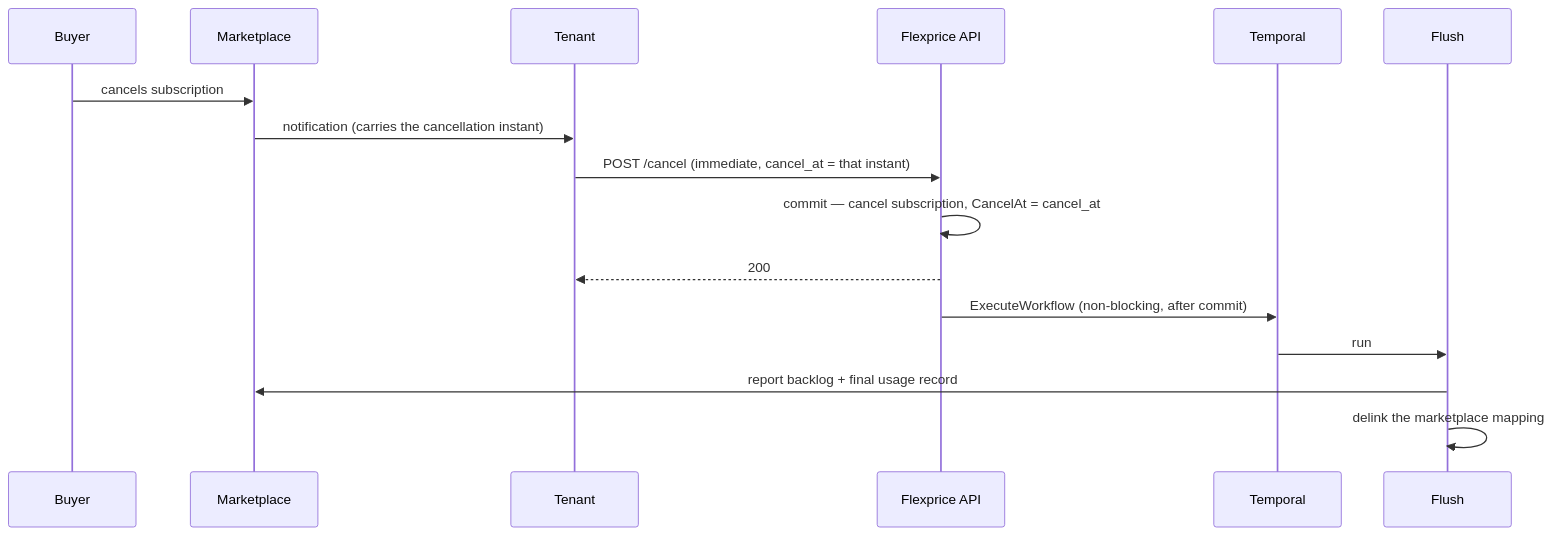
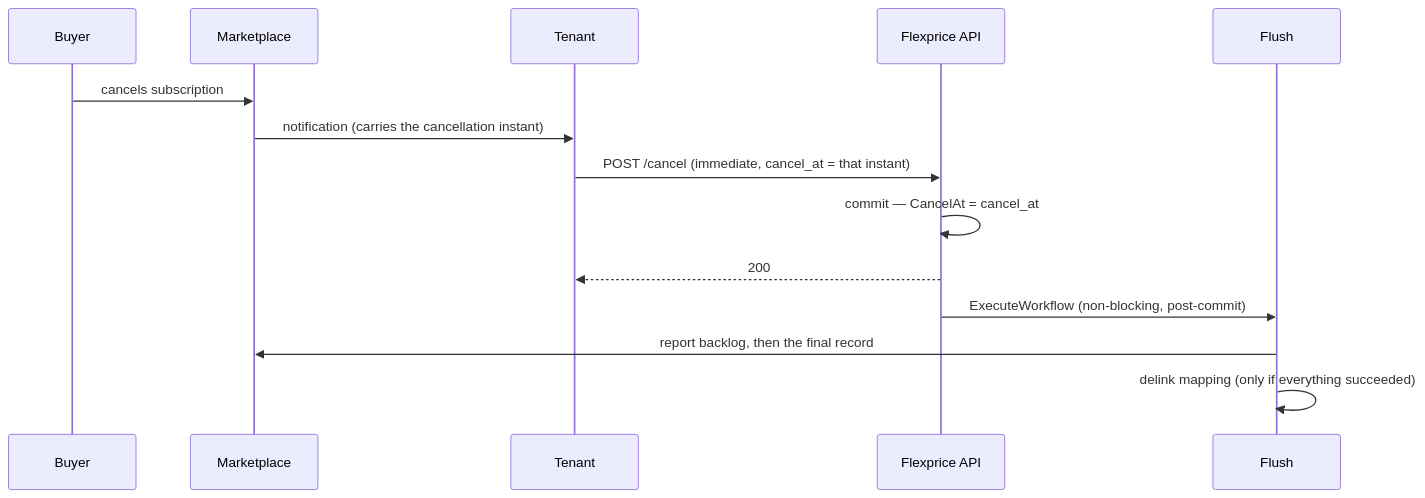
The second of 4 diagrams in docs/design/2026-07-30-FLE-1106-marketplace-integration-v4.md (subratsahilgupta/flexprice), drawn with Mermaid before and after one commit. The commit also changed other lines of this file, not shown here.

Commit message:
docs: refine marketplace integration design document v4, clarifying defect resolutions and mapping lifecycle adjustments

````diff
--- a/docs/design/2026-07-30-FLE-1106-marketplace-integration-v4.md
+++ b/docs/design/2026-07-30-FLE-1106-marketplace-integration-v4.md
@@ -153,19 +125,17 @@
 ```mermaid
 sequenceDiagram
     participant Buyer
     participant MP as Marketplace
     participant Tenant
     participant FP as Flexprice API
-    participant Temporal
     participant Flush
 
     Buyer->>MP: cancels subscription
     MP->>Tenant: notification (carries the cancellation instant)
     Tenant->>FP: POST /cancel (immediate, cancel_at = that instant)
-    FP->>FP: commit — cancel subscription, CancelAt = cancel_at
+    FP->>FP: commit — CancelAt = cancel_at
     FP-->>Tenant: 200
-    FP->>Temporal: ExecuteWorkflow (non-blocking, after commit)
-    Temporal->>Flush: run
-    Flush->>MP: report backlog + final usage record
-    Flush->>Flush: delink the marketplace mapping
+    FP->>Flush: ExecuteWorkflow (non-blocking, post-commit)
+    Flush->>MP: report backlog, then the final record
+    Flush->>Flush: delink mapping (only if everything succeeded)
 ```
````
